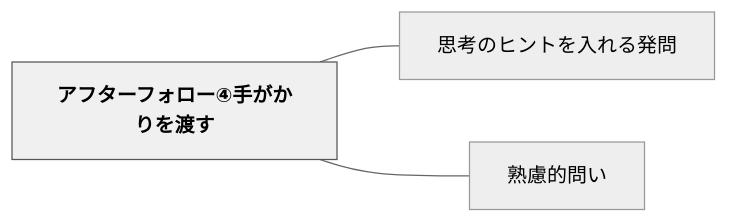
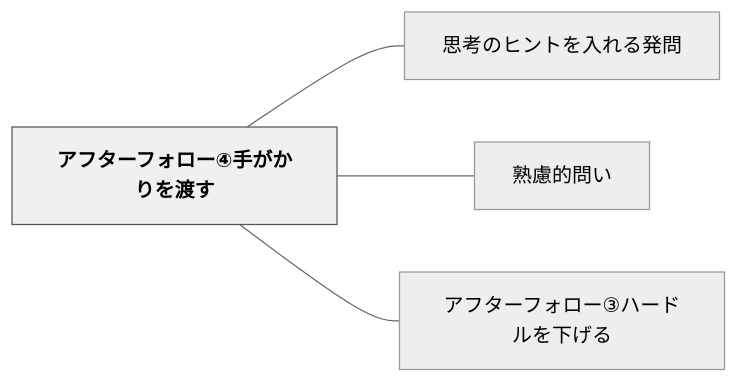
Before and after one commit to unknownthings-ed-patterns/unknownthings-ed-patterns: the diagram in content/パタン/アフターフォロー④手がかりを渡す.md, drawn with Mermaid (neutral theme). The commit also changed other lines of this file and 14 other files, not shown here.

````diff
--- a/content/パタン/アフターフォロー④手がかりを渡す.md
+++ b/content/パタン/アフターフォロー④手がかりを渡す.md
@@ -39,12 +40,14 @@
 ```mermaid
 flowchart LR
     ne382a2e38395e382bfe383bce38395e382a9e383ade383bce291a3e6898be3818ce3818be3828ae38292e6b8a1e38199["アフターフォロー④手がかりを渡す"]
     ne6809de88083e381aee38392e383b3e38388e38292e585a5e3828ce3828be799bae5958f["思考のヒントを入れる発問"]
     ne7869fe685aee79a84e5958fe38184["熟慮的問い"]
+    ne382a2e38395e382bfe383bce38395e382a9e383ade383bce291a2e3838fe383bce38389e383abe38292e4b88be38192e3828b["アフターフォロー③ハードルを下げる"]
 
     ne382a2e38395e382bfe383bce38395e382a9e383ade383bce291a3e6898be3818ce3818be3828ae38292e6b8a1e38199 --- ne6809de88083e381aee38392e383b3e38388e38292e585a5e3828ce3828be799bae5958f
     ne382a2e38395e382bfe383bce38395e382a9e383ade383bce291a3e6898be3818ce3818be3828ae38292e6b8a1e38199 --- ne7869fe685aee79a84e5958fe38184
+    ne382a2e38395e382bfe383bce38395e382a9e383ade383bce291a3e6898be3818ce3818be3828ae38292e6b8a1e38199 --- ne382a2e38395e382bfe383bce38395e382a9e383ade383bce291a2e3838fe383bce38389e383abe38292e4b88be38192e3828b
 
     classDef hub fill:#f0f0f0,stroke:#555,color:#000,font-weight:bold
     class ne382a2e38395e382bfe383bce38395e382a9e383ade383bce291a3e6898be3818ce3818be3828ae38292e6b8a1e38199 hub
 ```
````
